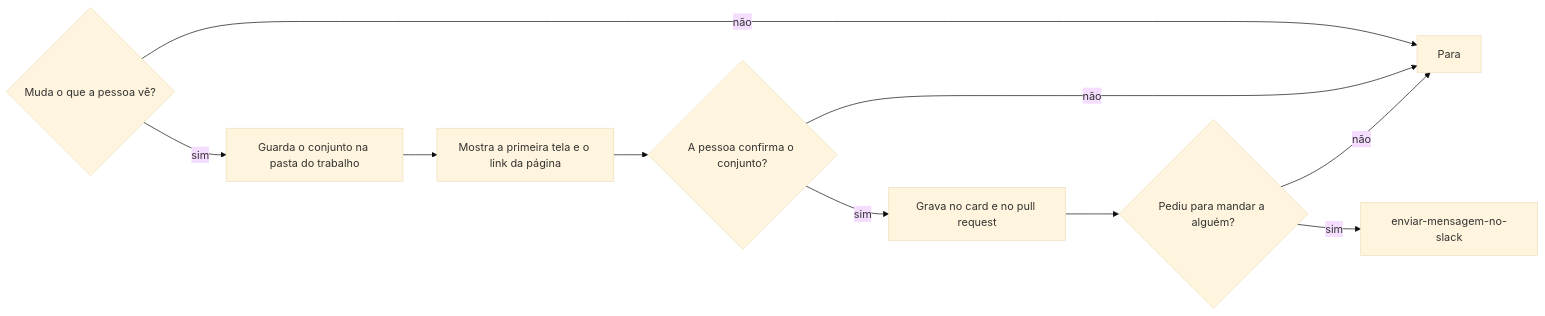
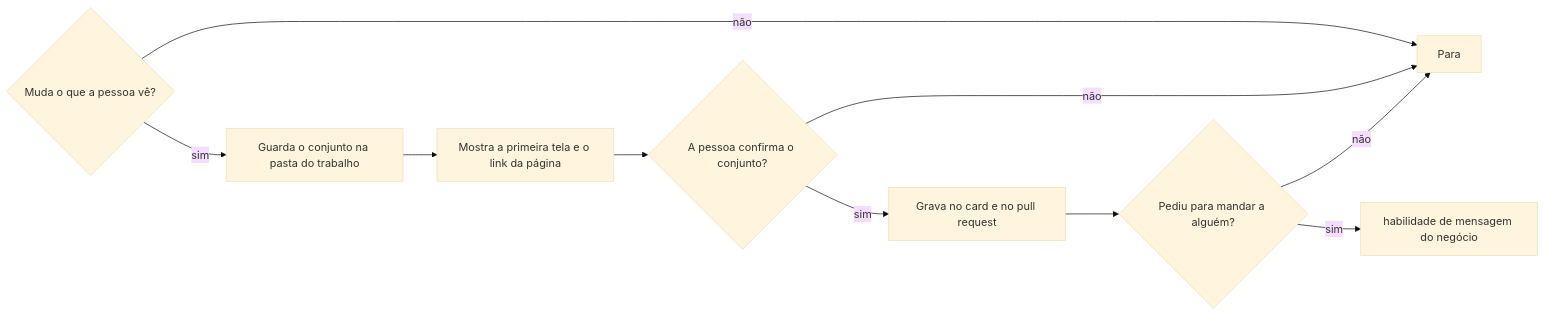
One commit to jimmyandrade/harness changed the diagram in .agents/skills/registrar-evidencia-visual/SKILL.md. Above: the diagram before and after it, drawn with Mermaid (base theme). The commit also changed other lines of this file and 1 other file, not shown here.

````diff
--- a/.agents/skills/registrar-evidencia-visual/SKILL.md
+++ b/.agents/skills/registrar-evidencia-visual/SKILL.md
@@ -44,12 +43,12 @@
 ```mermaid
 flowchart LR
   A{Muda o que a pessoa vê?} -->|não| B[Para]
   A -->|sim| C[Guarda o conjunto na pasta do trabalho]
   C --> D[Mostra a primeira tela e o link da página]
   D --> E{A pessoa confirma o conjunto?}
   E -->|não| B
   E -->|sim| F[Grava no card e no pull request]
   F --> G{Pediu para mandar a alguém?}
-  G -->|sim| H[enviar-mensagem-no-slack]
+  G -->|sim| H[habilidade de mensagem do negócio]
   G -->|não| B
 ```
````
